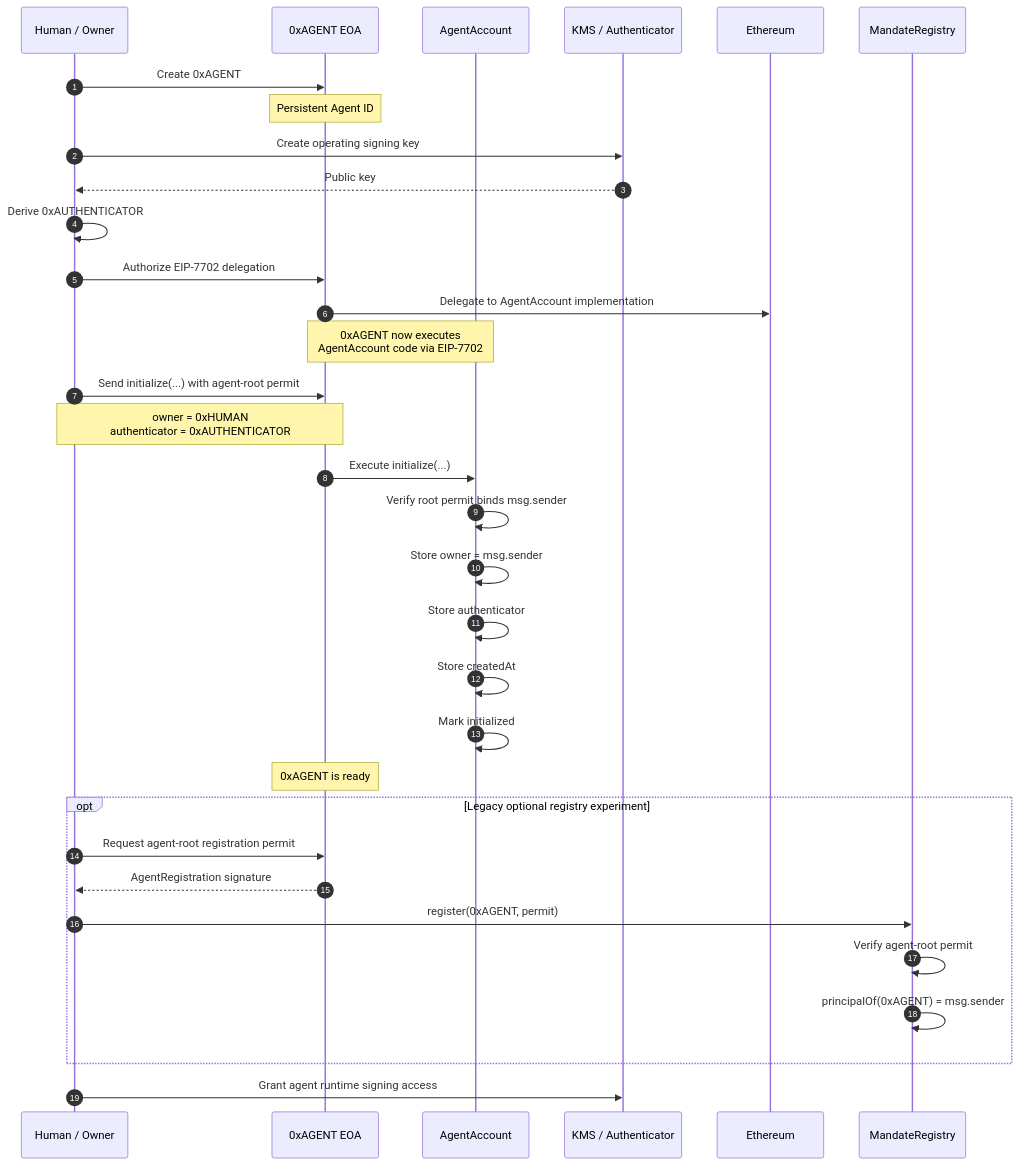
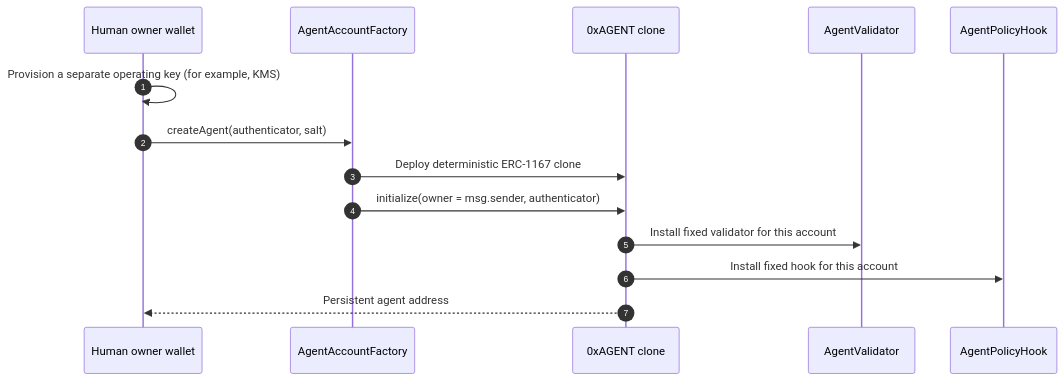
One commit to ryuux05/eth-tokyo-2026 changed the first of 2 diagrams in docs/PROTOCOL.md. Above: the diagram before and after it, drawn with Mermaid. The commit also changed other lines of this file, not shown here.

Commit message:
Align protocol guide with modular v0 account

````diff
--- a/docs/PROTOCOL.md
+++ b/docs/PROTOCOL.md
@@ -47,45 +16,16 @@
 ```mermaid
 sequenceDiagram
     autonumber
-
-    participant H as Human / Owner
-    participant A as 0xAGENT EOA
-    participant C as AgentAccount
-    participant K as KMS / Authenticator
-    participant E as Ethereum
-    participant M as MandateRegistry
-
-    H->>A: Create 0xAGENT
-    Note over A: Persistent Agent ID
-
-    H->>K: Create operating signing key
-    K-->>H: Public key
-    H->>H: Derive 0xAUTHENTICATOR
-
-    H->>A: Authorize EIP-7702 delegation
-    A->>E: Delegate to AgentAccount implementation
-
-    Note over A,C: 0xAGENT now executes<br/>AgentAccount code via EIP-7702
-
-    H->>A: Send initialize(...) with agent-root permit
-    Note over H,A: owner = 0xHUMAN<br/>authenticator = 0xAUTHENTICATOR
-
-    A->>C: Execute initialize(...)
-    C->>C: Verify root permit binds msg.sender
-    C->>C: Store owner = msg.sender
-    C->>C: Store authenticator
-    C->>C: Store createdAt
-    C->>C: Mark initialized
-
-    Note over A: 0xAGENT is ready
-
-    opt Legacy optional registry experiment
-        H->>A: Request agent-root registration permit
-        A-->>H: AgentRegistration signature
-        H->>M: register(0xAGENT, permit)
-        M->>M: Verify agent-root permit
-        M->>M: principalOf(0xAGENT) = msg.sender
-    end
-
-    H->>K: Grant agent runtime signing access
+    participant H as Human owner wallet
+    participant F as AgentAccountFactory
+    participant A as 0xAGENT clone
+    participant V as AgentValidator
+    participant P as AgentPolicyHook
+    H->>H: Provision a separate operating key (for example, KMS)
+    H->>F: createAgent(authenticator, salt)
+    F->>A: Deploy deterministic ERC-1167 clone
+    F->>A: initialize(owner = msg.sender, authenticator)
+    A->>V: Install fixed validator for this account
+    A->>P: Install fixed hook for this account
+    A-->>H: Persistent agent address
 ```
````
